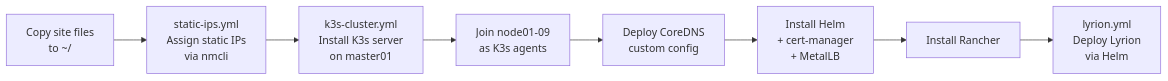
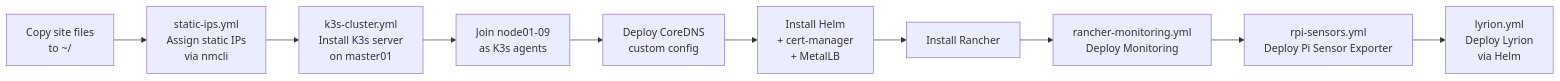
Before and after one commit to NikolajHansen/raspberry-pi-k3s-cluster: the diagram in docs/provisioning.md, drawn with Mermaid. The commit also changed other lines of this file and 12 other files, not shown here.

````diff
--- a/docs/provisioning.md
+++ b/docs/provisioning.md
@@ -5,10 +5,12 @@
 ```mermaid
 flowchart LR
     A[Copy site files\nto ~/] --> B[static-ips.yml\nAssign static IPs\nvia nmcli]
     B --> C[k3s-cluster.yml\nInstall K3s server\non master01]
     C --> D[Join node01-09\nas K3s agents]
     D --> E[Deploy CoreDNS\ncustom config]
     E --> F[Install Helm\n+ cert-manager\n+ MetalLB]
     F --> G[Install Rancher]
-    G --> H[lyrion.yml\nDeploy Lyrion\nvia Helm]
+    G --> H[rancher-monitoring.yml\nDeploy Monitoring]
+    H --> I[rpi-sensors.yml\nDeploy Pi Sensor Exporter]
+    I --> J[lyrion.yml\nDeploy Lyrion\nvia Helm]
 ```
````
